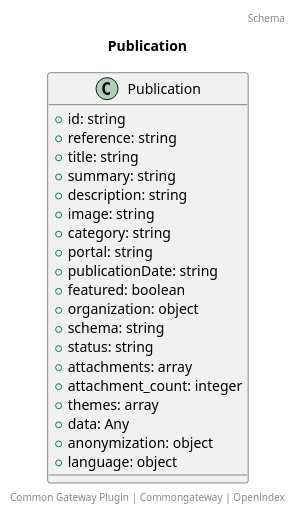
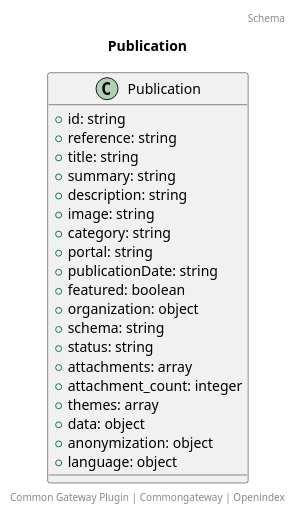
One commit to CommonGateway/OpenIndex changed the diagram in docs/schema/Publication.puml. Above: the diagram before and after it, drawn with PlantUML. The commit also changed 26 other files, not shown here.

```diff
--- a/docs/schema/Publication.puml
+++ b/docs/schema/Publication.puml
@@ -1,27 +1,27 @@
 @startuml
 title: Publication
 footer: Common Gateway Plugin | Commongateway | Openindex 
 header: Schema
 
 class Publication {
   + id: string
   + reference: string
   + title: string
   + summary: string
   + description: string
   + image: string
   + category: string
   + portal: string
   + publicationDate: string
   + featured: boolean
   + organization: object
   + schema: string
   + status: string
   + attachments: array
   + attachment_count: integer
   + themes: array
-  + data: Any
+  + data: object
   + anonymization: object
   + language: object
 }
 @enduml
```
